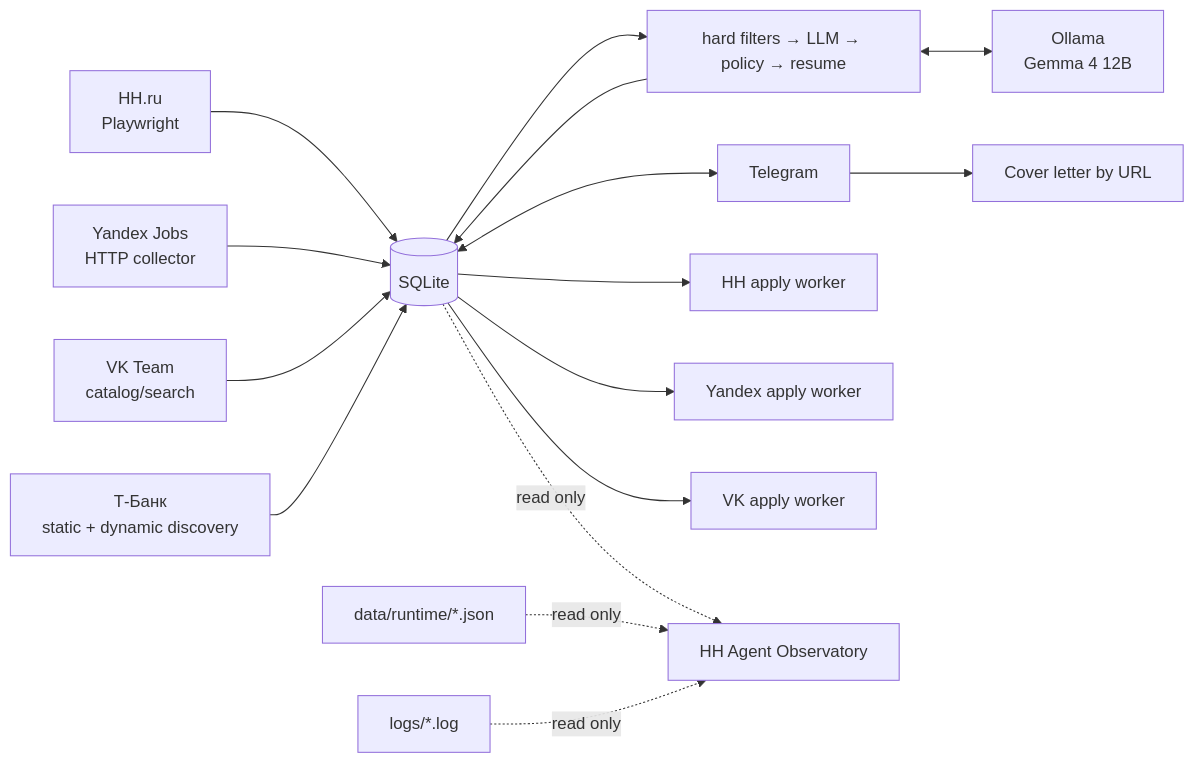
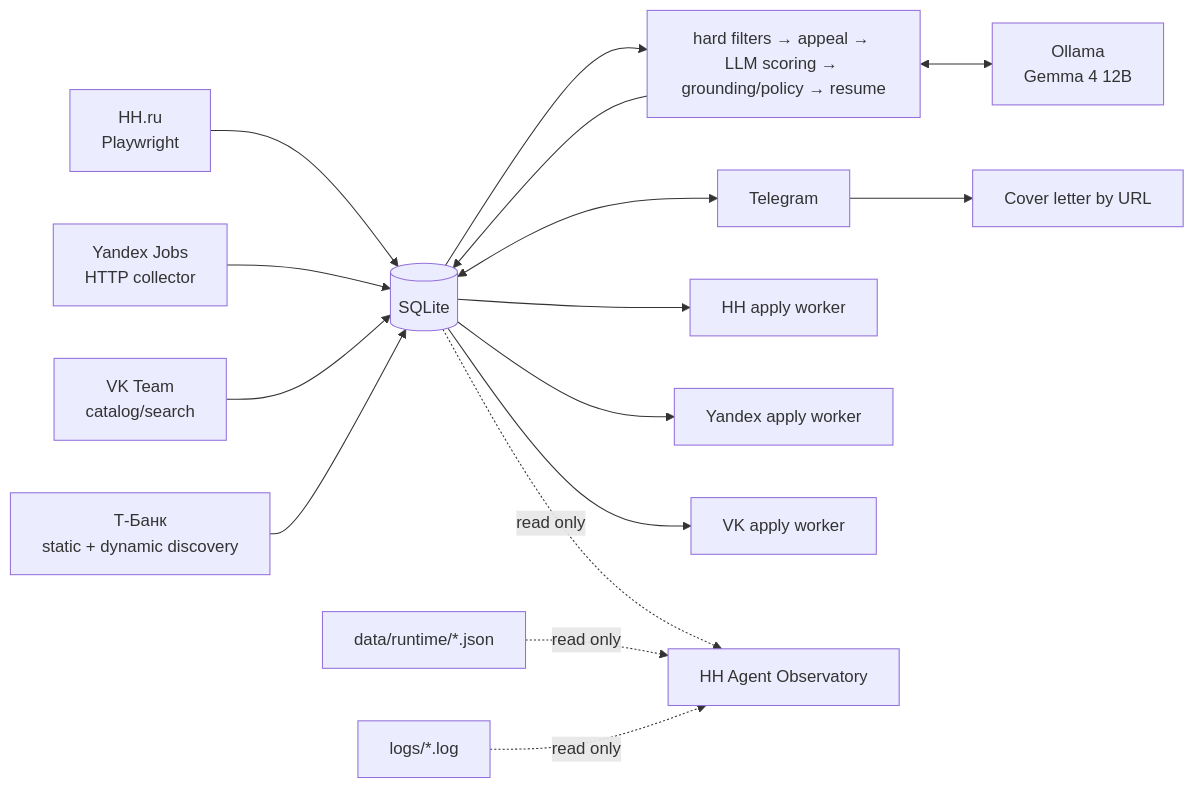
One commit to Xander-Rude/hh-agent changed the diagram in README.md. Above: the diagram before and after it, drawn with Mermaid. The commit also changed other lines of this file, not shown here.

Commit message:
Update README for current pipeline resilience and evaluation flow

````diff
--- a/README.md
+++ b/README.md
@@ -53,22 +53,22 @@
 ```mermaid
 flowchart LR
     HH[HH.ru<br/>Playwright] --> DB[(SQLite)]
     YA[Yandex Jobs<br/>HTTP collector] --> DB
     VK[VK Team<br/>catalog/search] --> DB
     TB[Т-Банк<br/>static + dynamic discovery] --> DB
 
-    DB --> EVAL[hard filters → LLM → policy → resume]
+    DB --> EVAL[hard filters → appeal → LLM scoring → grounding/policy → resume]
     EVAL <--> LLM[Ollama<br/>Gemma 4 12B]
     EVAL --> DB
 
     DB <--> TG[Telegram]
     TG --> COVER[Cover letter by URL]
 
     DB --> HHA[HH apply worker]
     DB --> YAA[Yandex apply worker]
     DB --> VKA[VK apply worker]
 
     DB -. read only .-> OBS[HH Agent Observatory]
     RT[data/runtime/*.json] -. read only .-> OBS
     LOGS[logs/*.log] -. read only .-> OBS
 ```
````
